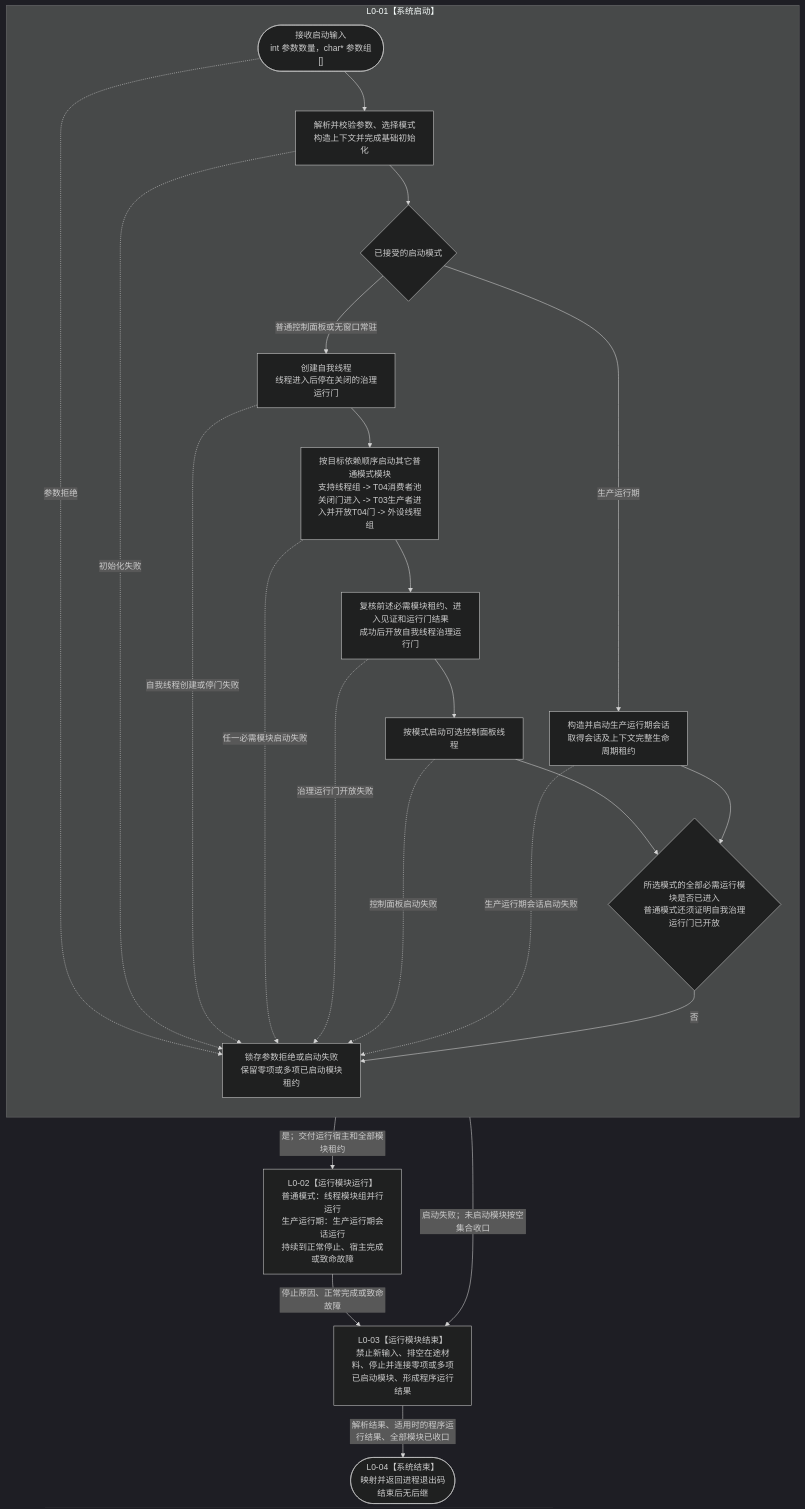
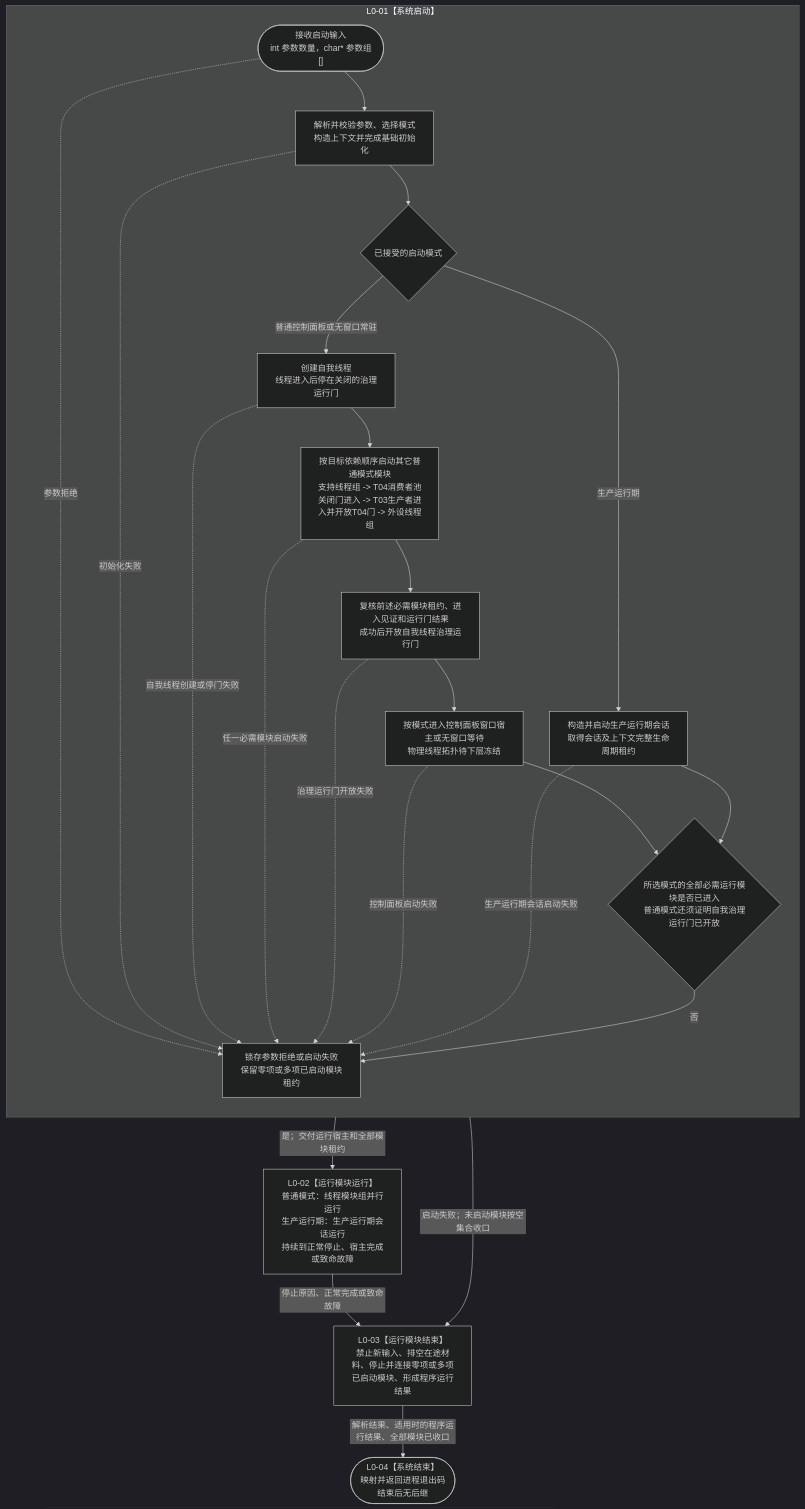
One commit to chunhaizh-cyber/HY-Ego changed the diagram in 流程图/目标业务流程图/L0/BIZ-L0_项目总体业务生命周期_目标业务流程图_v0.4.md. Above: the diagram before and after it, drawn with Mermaid (dark theme). The commit also changed other lines of this file and 12 other files, not shown here.

````diff
--- a/流程图/目标业务流程图/L0/BIZ-L0_项目总体业务生命周期_目标业务流程图_v0.4.md
+++ b/流程图/目标业务流程图/L0/BIZ-L0_项目总体业务生命周期_目标业务流程图_v0.4.md
@@ -50,38 +50,38 @@
 ```mermaid
 flowchart TD
     subgraph L001["L0-01【系统启动】"]
         direction TD
         S01(["接收启动输入<br/>int 参数数量，char* 参数组[]"])
         S02["解析并校验参数、选择模式<br/>构造上下文并完成基础初始化"]
         SM{"已接受的启动模式"}
         S03["创建自我线程<br/>线程进入后停在关闭的治理运行门"]
         S04["按目标依赖顺序启动其它普通模式模块<br/>支持线程组 -> T04消费者池关闭门进入 -> T03生产者进入并开放T04门 -> 外设线程组"]
         S05["复核前述必需模块租约、进入见证和运行门结果<br/>成功后开放自我线程治理运行门"]
-        S06["按模式启动可选控制面板线程"]
+        S06["按模式进入控制面板窗口宿主或无窗口等待<br/>物理线程拓扑待下层冻结"]
         SR["构造并启动生产运行期会话<br/>取得会话及上下文完整生命周期租约"]
         S07{"所选模式的全部必需运行模块是否已进入<br/>普通模式还须证明自我治理运行门已开放"}
         SF["锁存参数拒绝或启动失败<br/>保留零项或多项已启动模块租约"]
 
         S01 --> S02 --> SM
         SM -->|普通控制面板或无窗口常驻| S03
         S03 --> S04 --> S05 --> S06 --> S07
         SM -->|生产运行期| SR
         SR --> S07
         S01 -. "参数拒绝" .-> SF
         S02 -. "初始化失败" .-> SF
         S03 -. "自我线程创建或停门失败" .-> SF
         S04 -. "任一必需模块启动失败" .-> SF
         S05 -. "治理运行门开放失败" .-> SF
         S06 -. "控制面板启动失败" .-> SF
         SR -. "生产运行期会话启动失败" .-> SF
         S07 -->|否| SF
     end
     L002["L0-02【运行模块运行】<br/>普通模式：线程模块组并行运行<br/>生产运行期：生产运行期会话运行<br/>持续到正常停止、宿主完成或致命故障"]
     L003["L0-03【运行模块结束】<br/>禁止新输入、排空在途材料、停止并连接零项或多项已启动模块、形成程序运行结果"]
     L004(["L0-04【系统结束】<br/>映射并返回进程退出码<br/>结束后无后继"])
 
     S07 -->|是；交付运行宿主和全部模块租约| L002
     SF -->|启动失败；未启动模块按空集合收口| L003
     L002 -->|停止原因、正常完成或致命故障| L003
     L003 -->|解析结果、适用时的程序运行结果、全部模块已收口| L004
 ```
````
